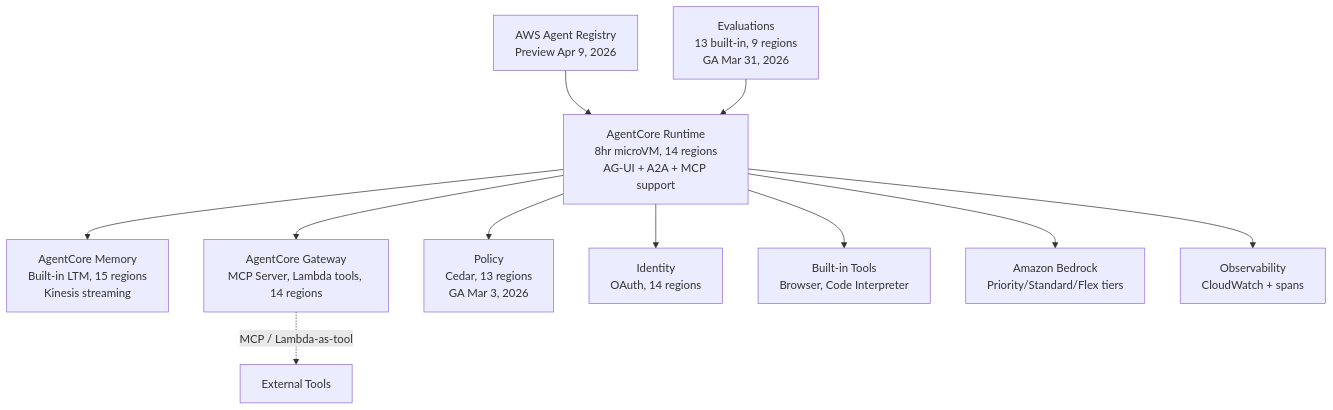
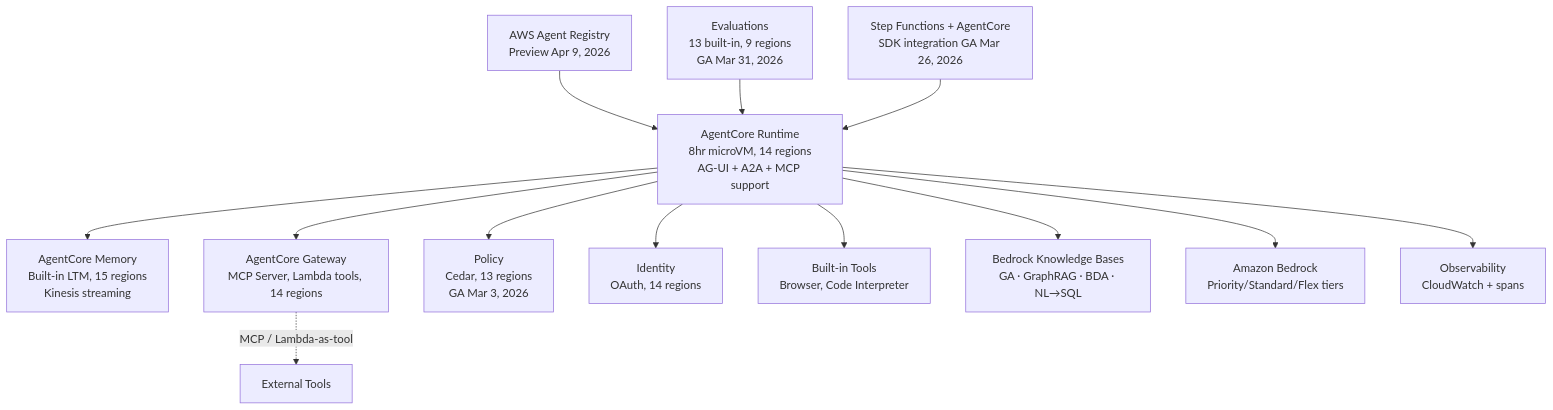
The fourth of 6 diagrams in generated-reports/vercel-aws/2026/04/2026-04-21-Agent-Comparison-Report-Claude-Opus-4.7.md (HiMarioLopez/adlc-evals), drawn with Mermaid before and after one commit. The commit also changed other lines of this file and 1 other file, not shown here.

````diff
--- a/generated-reports/vercel-aws/2026/04/2026-04-21-Agent-Comparison-Report-Claude-Opus-4.7.md
+++ b/generated-reports/vercel-aws/2026/04/2026-04-21-Agent-Comparison-Report-Claude-Opus-4.7.md
@@ -1019,24 +969,28 @@
 ```mermaid
 graph TD
     AR[AWS Agent Registry<br/>Preview Apr 9, 2026]
     Runtime[AgentCore Runtime<br/>8hr microVM, 14 regions<br/>AG-UI + A2A + MCP support]
     Memory[AgentCore Memory<br/>Built-in LTM, 15 regions<br/>Kinesis streaming]
     Gateway[AgentCore Gateway<br/>MCP Server, Lambda tools, 14 regions]
     Policy[Policy<br/>Cedar, 13 regions<br/>GA Mar 3, 2026]
     Identity[Identity<br/>OAuth, 14 regions]
     Evals[Evaluations<br/>13 built-in, 9 regions<br/>GA Mar 31, 2026]
     Tools[Built-in Tools<br/>Browser, Code Interpreter]
+    KB[Bedrock Knowledge Bases<br/>GA · GraphRAG · BDA · NL→SQL]
     Bedrock[Amazon Bedrock<br/>Priority/Standard/Flex tiers]
+    StepFn[Step Functions + AgentCore<br/>SDK integration GA Mar 26, 2026]
     CloudWatch[Observability<br/>CloudWatch + spans]
 
     AR --> Runtime
     Runtime --> Bedrock
     Runtime --> Gateway
     Runtime --> Memory
     Runtime --> Tools
+    Runtime --> KB
     Runtime --> Policy
     Runtime --> Identity
     Runtime --> CloudWatch
     Evals --> Runtime
+    StepFn --> Runtime
     Gateway -.MCP / Lambda-as-tool.-> External[External Tools]
 ```
````
